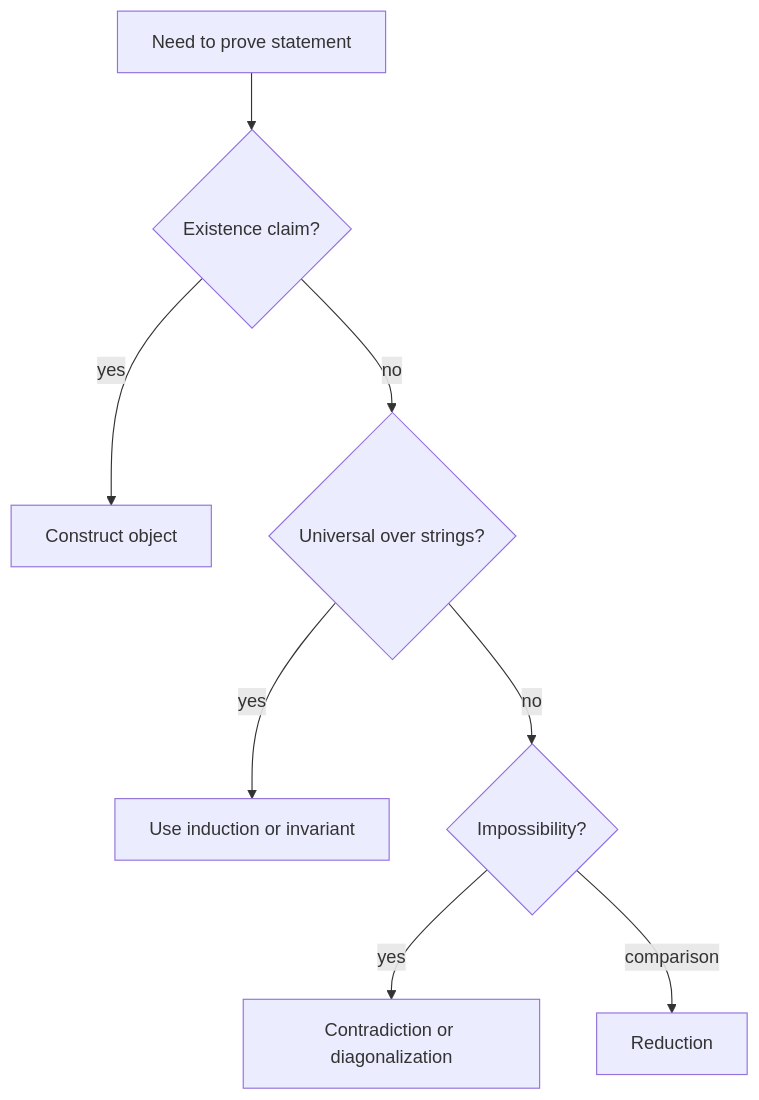
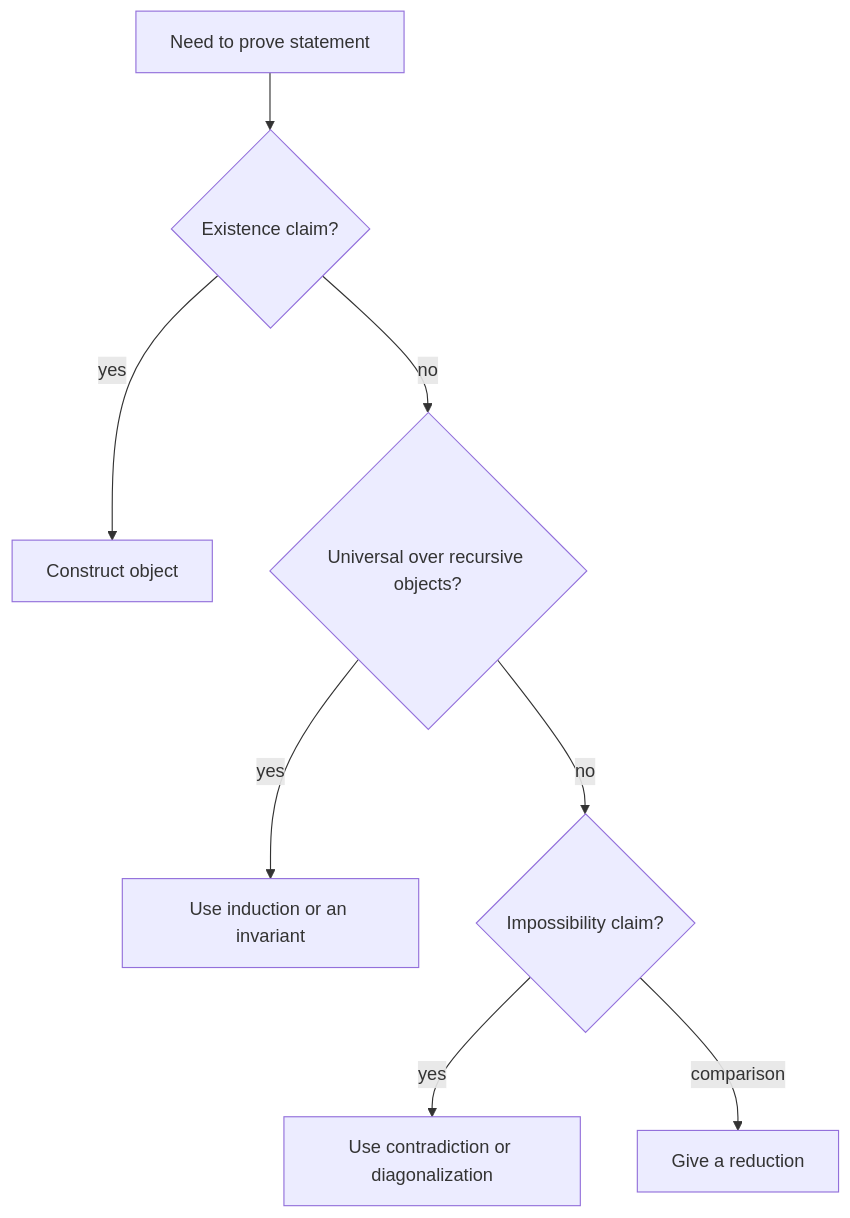
Before and after one commit to justinbrianhwang/SJ-wiki: the diagram in docs/cs/theory/proof-methods-and-countability.md, drawn with Mermaid. The commit also changed other lines of this file and 955 other files, not shown here.

````diff
--- a/docs/cs/theory/proof-methods-and-countability.md
+++ b/docs/cs/theory/proof-methods-and-countability.md
@@ -51,10 +22,10 @@
 ```mermaid
 graph TD
   A[Need to prove statement] --> B{"Existence claim?"}
   B -->|yes| C[Construct object]
-  B -->|no| D{"Universal over strings?"}
-  D -->|yes| E[Use induction or invariant]
-  D -->|no| F{"Impossibility?"}
-  F -->|yes| G[Contradiction or diagonalization]
-  F -->|comparison| H[Reduction]
+  B -->|no| D{"Universal over recursive objects?"}
+  D -->|yes| E[Use induction or an invariant]
+  D -->|no| F{"Impossibility claim?"}
+  F -->|yes| G[Use contradiction or diagonalization]
+  F -->|comparison| H[Give a reduction]
 ```
````
